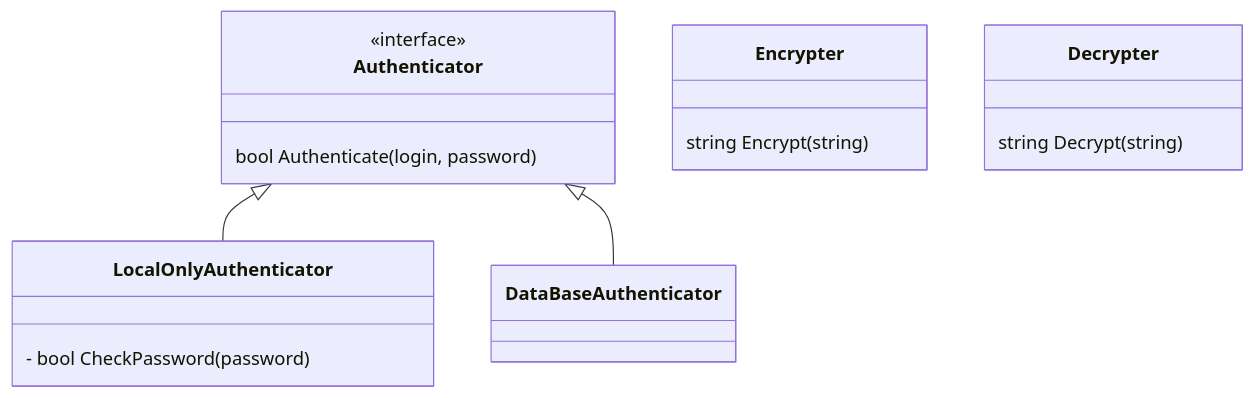
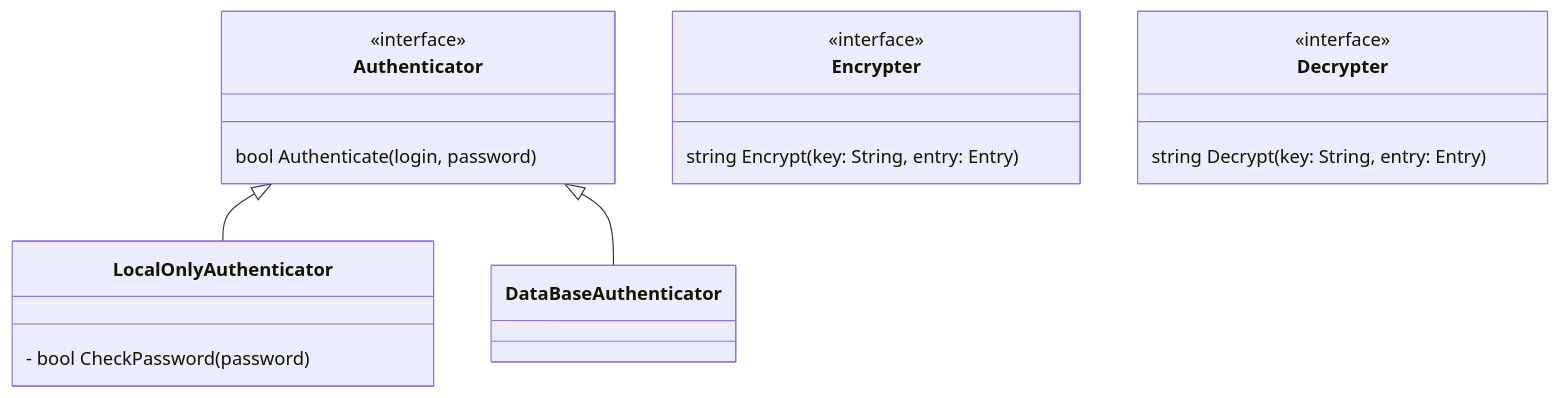
One commit to EllLG1211/Rossignol changed the second of 2 diagrams in Documentation/conception/Initial design/SimpleClassDiagram/v2.mermaid.md. Above: the diagram before and after it, drawn with Mermaid. The commit also changed other lines of this file and 1 other file, not shown here.

````diff
--- a/Documentation/conception/Initial design/SimpleClassDiagram/v2.mermaid.md
+++ b/Documentation/conception/Initial design/SimpleClassDiagram/v2.mermaid.md
@@ -35,20 +73,22 @@
 ```mermaid
 classDiagram
 
 Authenticator <|-- LocalOnlyAuthenticator
 Authenticator <|-- DataBaseAuthenticator
 class Authenticator{
     <<interface>>
     bool Authenticate(login, password)
 }
 class LocalOnlyAuthenticator{
     - bool CheckPassword(password)
 }
 
 class Encrypter {
-    string Encrypt(string)
+    <<interface>>
+    string Encrypt(key: String, entry: Entry)
 }
 class Decrypter{
-    string Decrypt(string)
+    <<interface>>
+    string Decrypt(key: String, entry: Entry)
 }
 ```
````
